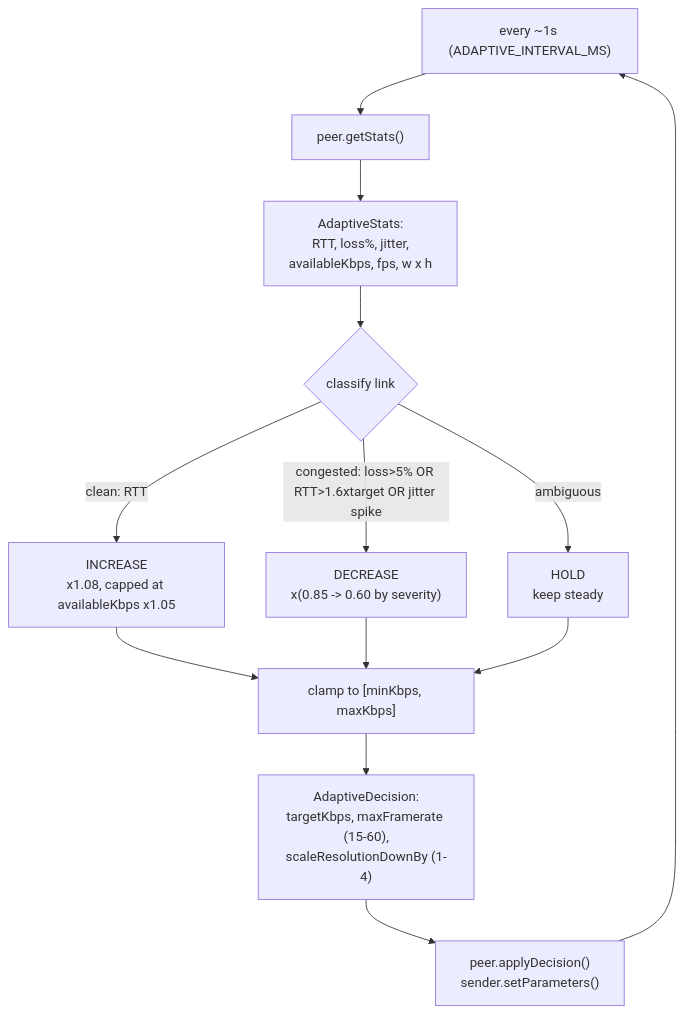
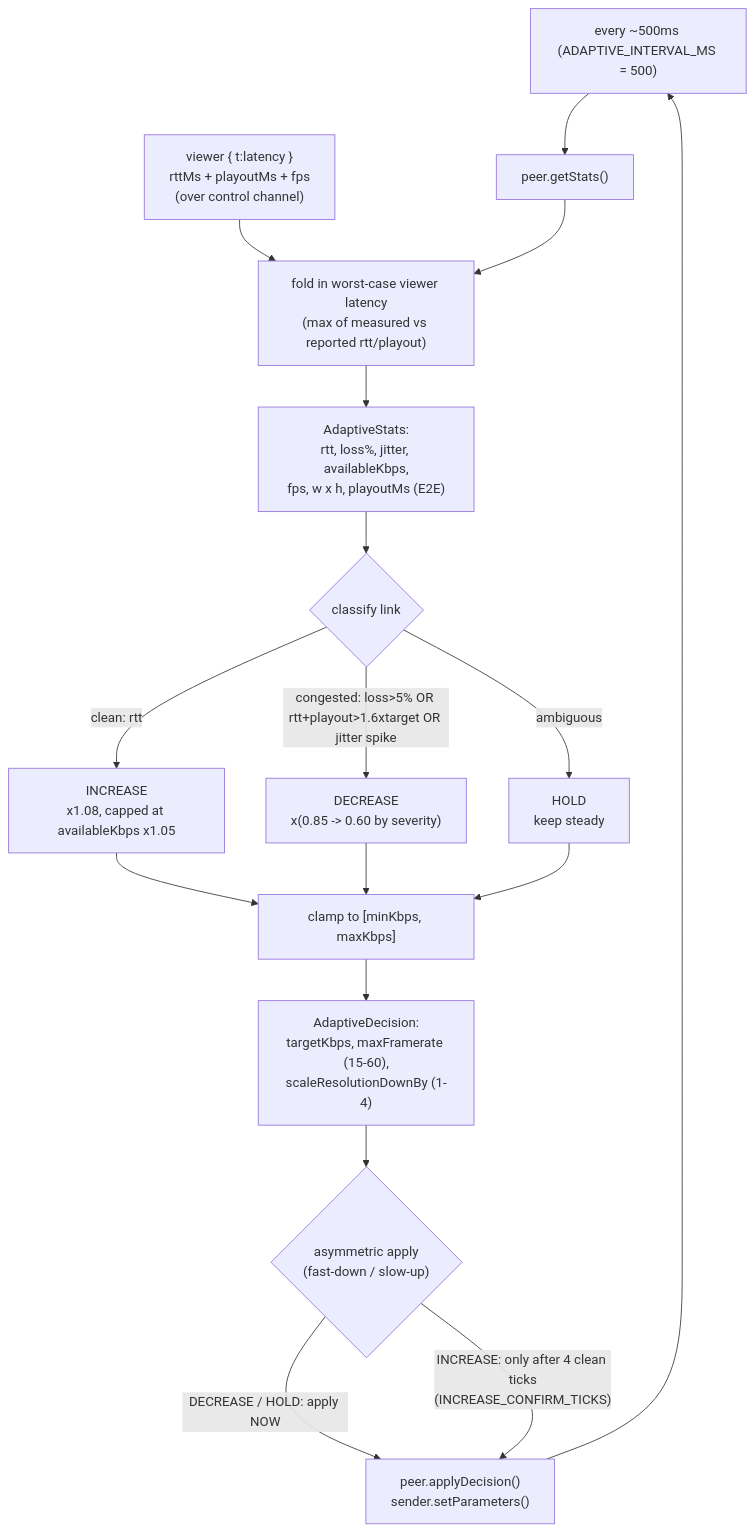
The third of 6 diagrams in ARCHITECTURE.md (divyamohan1993/stream-screen), drawn with Mermaid before and after one commit. The commit also changed other lines of this file and 17 other files, not shown here.

First line of the commit message:
feat(adaptive): tighten real-time guarantee — 500ms fast-down/slow-up control, end-to-end latency feedback, closed-loop e2e proof

````diff
--- a/ARCHITECTURE.md
+++ b/ARCHITECTURE.md
@@ -242,15 +246,19 @@
 ```mermaid
 flowchart TB
-  T["every ~1s (ADAPTIVE_INTERVAL_MS)"] --> G["peer.getStats()"]
-  G --> S["AdaptiveStats:\nRTT, loss%, jitter,\navailableKbps, fps, w x h"]
+  T["every ~500ms (ADAPTIVE_INTERVAL_MS = 500)"] --> G["peer.getStats()"]
+  VL["viewer { t:latency }\nrttMs + playoutMs + fps\n(over control channel)"] --> FOLD
+  G --> FOLD["fold in worst-case viewer latency\n(max of measured vs reported rtt/playout)"]
+  FOLD --> S["AdaptiveStats:\nrtt, loss%, jitter, availableKbps,\nfps, w x h, playoutMs (E2E)"]
   S --> C{classify link}
-  C -->|"clean: RTT<target, loss<2%, low jitter"| INC["INCREASE\nx1.08, capped at availableKbps x1.05"]
-  C -->|"congested: loss>5% OR RTT>1.6xtarget OR jitter spike"| DEC["DECREASE\nx(0.85 -> 0.60 by severity)"]
+  C -->|"clean: rtt<target AND rtt+playout<target,\nloss<2%, low jitter"| INC["INCREASE\nx1.08, capped at availableKbps x1.05"]
+  C -->|"congested: loss>5% OR rtt+playout>1.6xtarget OR jitter spike"| DEC["DECREASE\nx(0.85 -> 0.60 by severity)"]
   C -->|ambiguous| HOLD["HOLD\nkeep steady"]
   INC --> CLAMP["clamp to [minKbps, maxKbps]"]
   DEC --> CLAMP
   HOLD --> CLAMP
   CLAMP --> D["AdaptiveDecision:\ntargetKbps, maxFramerate (15-60),\nscaleResolutionDownBy (1-4)"]
-  D --> A["peer.applyDecision()\nsender.setParameters()"]
+  D --> GATE{"asymmetric apply\n(fast-down / slow-up)"}
+  GATE -->|"DECREASE / HOLD: apply NOW"| A["peer.applyDecision()\nsender.setParameters()"]
+  GATE -->|"INCREASE: only after 4 clean ticks\n(INCREASE_CONFIRM_TICKS)"| A
   A --> T
 ```
````
